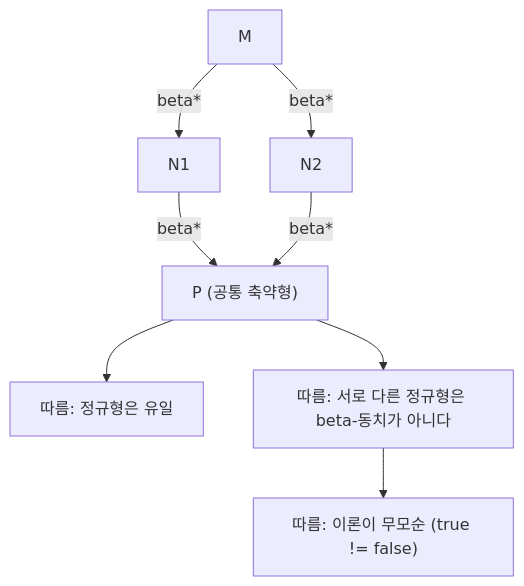
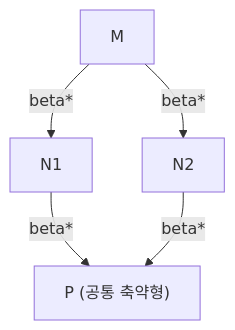
Before and after one commit to Phryxia/math-map: the diagram in docs/lambda-calculus.md, drawn with Mermaid. The commit also changed 1 other file, not shown here.

Commit message:
drop the listing diagram in painleve-equations and the corollary nodes in the lambda-calculus confluence square; the numbered list below it carries them
Claude-Session: https://claude.ai/code/session_01UhADMt4KPiVUWGAQcHXZqf

````diff
--- a/docs/lambda-calculus.md
+++ b/docs/lambda-calculus.md
@@ -109,10 +109,7 @@
 ```mermaid
 flowchart TD
   M["M"] -->|"beta*"| N1["N1"]
   M -->|"beta*"| N2["N2"]
   N1 -->|"beta*"| P["P (공통 축약형)"]
   N2 -->|"beta*"| P
-  P --> C1["따름: 정규형은 유일"]
-  P --> C2["따름: 서로 다른 정규형은 beta-동치가 아니다"]
-  C2 --> C3["따름: 이론이 무모순 (true != false)"]
 ```
````
